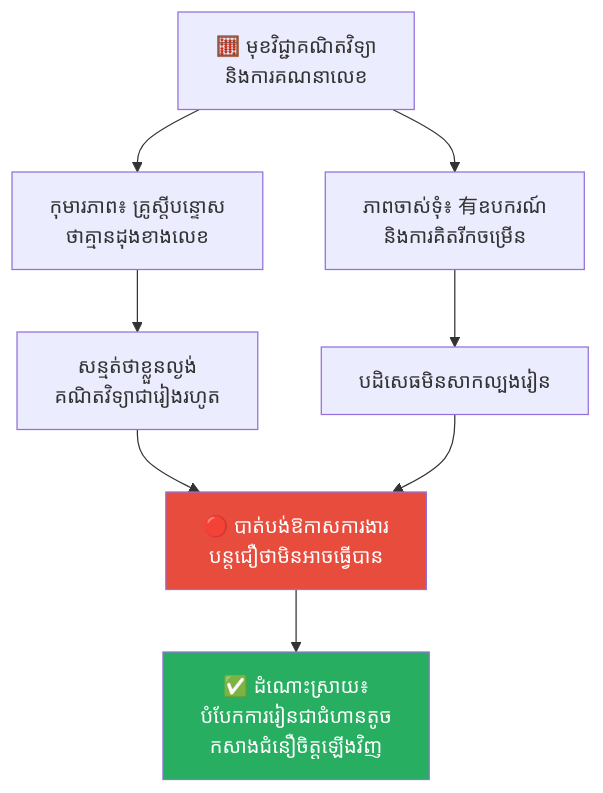
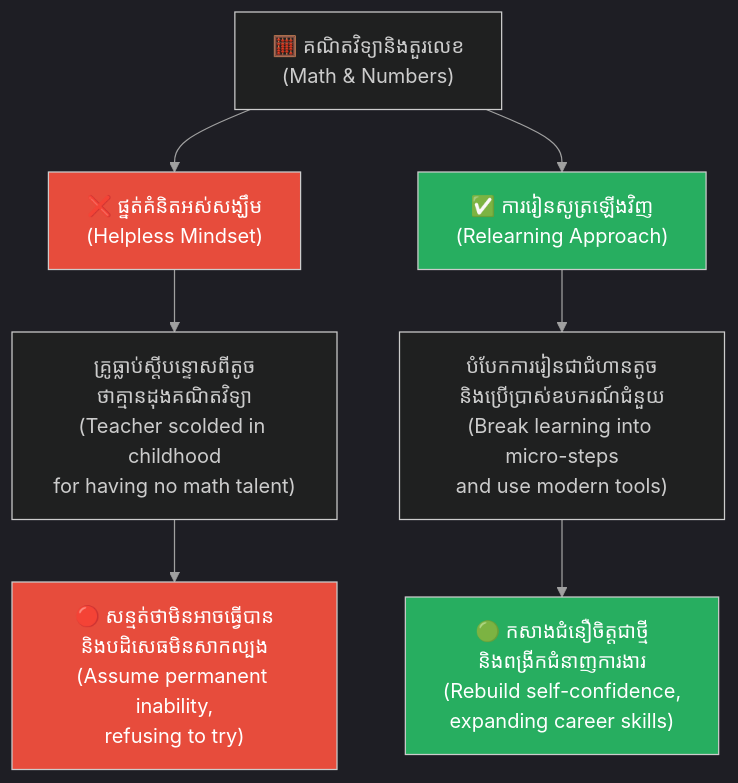
One commit to GuideStack/iblogger-feeds changed the first of 5 diagrams in feeds/concepts/articles/08-learned-helplessness.md. Above: the diagram before and after it, drawn with Mermaid. The commit also changed other lines of this file, not shown here.

Commit message:
docs: upgrade 08-learned-helplessness.md to bilingual layout and styled diagrams

````diff
--- a/feeds/concepts/articles/08-learned-helplessness.md
+++ b/feeds/concepts/articles/08-learned-helplessness.md
@@ -70,13 +109,25 @@
 ```mermaid
+%%{init: {
+  'theme': 'dark',
+  'themeVariables': {
+    'background': '#1e1e1e',
+    'primaryTextColor': '#ffffff',
+    'lineColor': '#a0a0a0'
+  },
+  'themeCSS': 'svg { background-color: #1e1e1e !important; padding: 1rem !important; border-radius: 8px !important; } .edgeLabel rect { fill: #1e1e1e !important; } text, tspan { fill: #ffffff !important; }'
+}}%%
 graph TD
-    A["🧮 មុខវិជ្ជាគណិតវិទ្យា<br/>និងការគណនាលេខ"] --> B["កុមារភាព៖ គ្រូស្តីបន្ទោស<br/>ថាគ្មានដុងខាងលេខ"]
-    A --> C["ភាពចាស់ទុំ៖ 有ឧបករណ៍<br/>និងការគិតរីកចម្រើន"]
-    B --> D["សន្មត់ថាខ្លួនល្ងង់<br/>គណិតវិទ្យាជារៀងរហូត"]
-    C --> E["បដិសេធមិនសាកល្បងរៀន"]
-    D --> F["🔴 បាត់បង់ឱកាសការងារ<br/>បន្តជឿថាមិនអាចធ្វើបាន"]
-    E --> F
-    F --> G["✅ ដំណោះស្រាយ៖<br/>បំបែកការរៀនជាជំហានតូច<br/>កសាងជំនឿចិត្តឡើងវិញ"]
+    A["🧮 គណិតវិទ្យានិងតួរលេខ<br/>(Math & Numbers)"] --> B1["❌ ផ្នត់គំនិតអស់សង្ឃឹម<br/>(Helpless Mindset)"]
+    A --> B2["✅ ការរៀនសូត្រឡើងវិញ<br/>(Relearning Approach)"]
 
-    style F fill:#e74c3c,color:#fff
-    style G fill:#27ae60,color:#fff
+    B1 --> C1["គ្រូធ្លាប់ស្តីបន្ទោសពីតូច<br/>ថាគ្មានដុងគណិតវិទ្យា<br/>(Teacher scolded in childhood<br/>for having no math talent)"]
+    C1 --> D1["🔴 សន្មត់ថាមិនអាចធ្វើបាន<br/>និងបដិសេធមិនសាកល្បង<br/>(Assume permanent inability,<br/>refusing to try)"]
+
+    B2 --> C2["បំបែកការរៀនជាជំហានតូច<br/>និងប្រើប្រាស់ឧបករណ៍ជំនួយ<br/>(Break learning into micro-steps<br/>and use modern tools)"]
+    C2 --> D2["🟢 កសាងជំនឿចិត្តជាថ្មី<br/>និងពង្រីកជំនាញការងារ<br/>(Rebuild self-confidence,<br/>expanding career skills)"]
+
+    style B1 fill:#e74c3c,color:#fff
+    style B2 fill:#27ae60,color:#fff
+    style D1 fill:#e74c3c,color:#fff
+    style D2 fill:#27ae60,color:#fff
 ```
````
